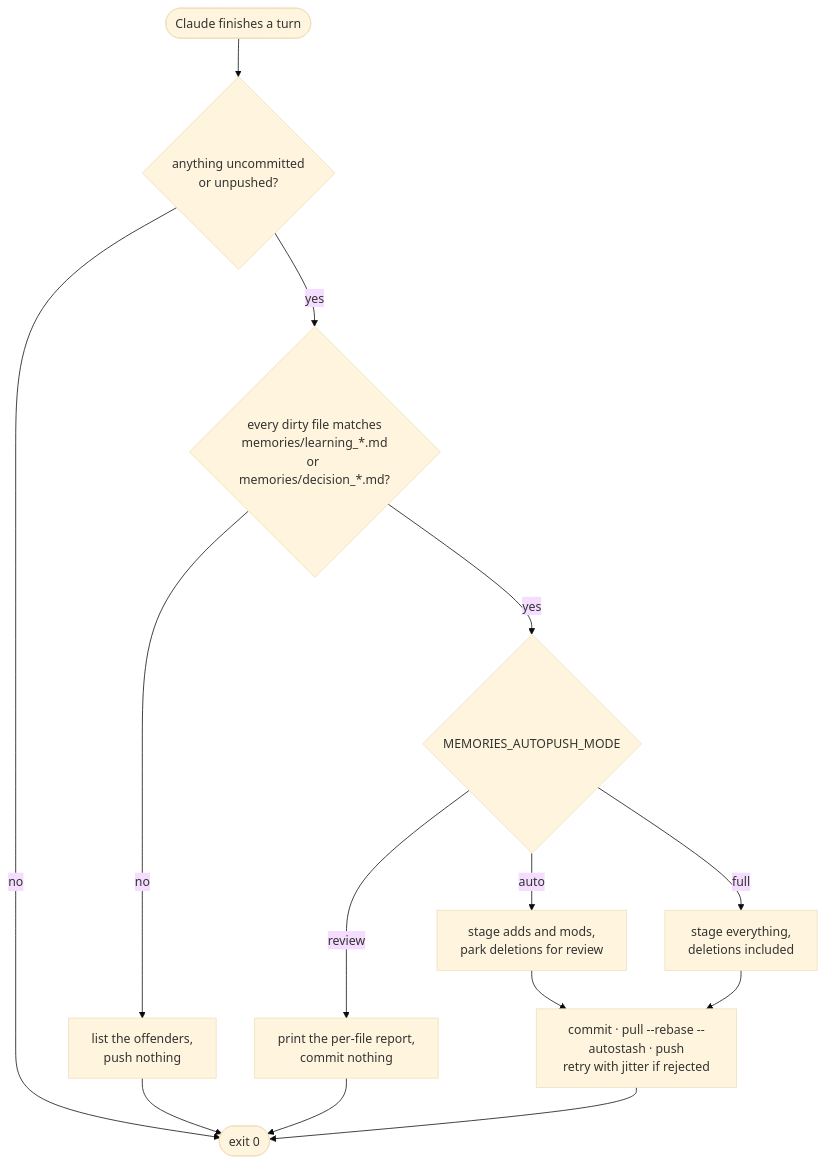
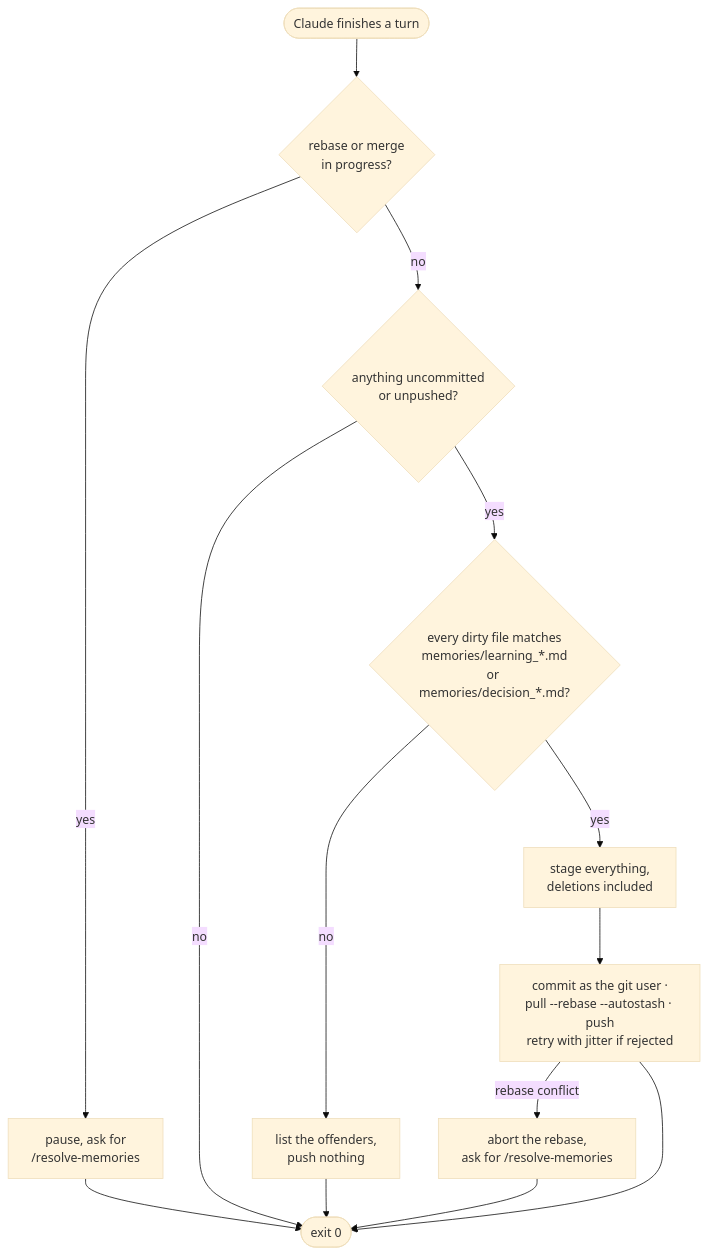
The second of 3 diagrams in README.md (mcs-cli/shared-memories), drawn with Mermaid (base theme) before and after one commit. The commit also changed other lines of this file and 151 other files, not shown here.

Commit message:
Remove the auto-push modes; full is the only behaviour (#8)

````diff
--- a/README.md
+++ b/README.md
@@ -86,15 +84,13 @@
 ```mermaid
 flowchart TD
-    A([Claude finishes a turn]) --> B{"anything uncommitted<br/>or unpushed?"}
+    A([Claude finishes a turn]) --> P{"rebase or merge<br/>in progress?"}
+    P -->|yes| Q["pause, ask for<br/>/resolve-memories"] --> Z
+    P -->|no| B{"anything uncommitted<br/>or unpushed?"}
     B -->|no| Z([exit 0])
     B -->|yes| C{"every dirty file matches<br/>memories/learning_*.md<br/>or memories/decision_*.md?"}
     C -->|no| D["list the offenders,<br/>push nothing"] --> Z
-    C -->|yes| E{MEMORIES_AUTOPUSH_MODE}
-    E -->|auto| F["stage adds and mods,<br/>park deletions for review"]
-    E -->|full| G["stage everything,<br/>deletions included"]
-    E -->|review| H["print the per-file report,<br/>commit nothing"]
-    F --> I["commit · pull --rebase --autostash · push<br/>retry with jitter if rejected"]
-    G --> I
-    H --> Z
+    C -->|yes| G["stage everything,<br/>deletions included"]
+    G --> I["commit as the git user ·<br/>pull --rebase --autostash · push<br/>retry with jitter if rejected"]
+    I -->|rebase conflict| R["abort the rebase,<br/>ask for /resolve-memories"] --> Z
     I --> Z
 ```
````
